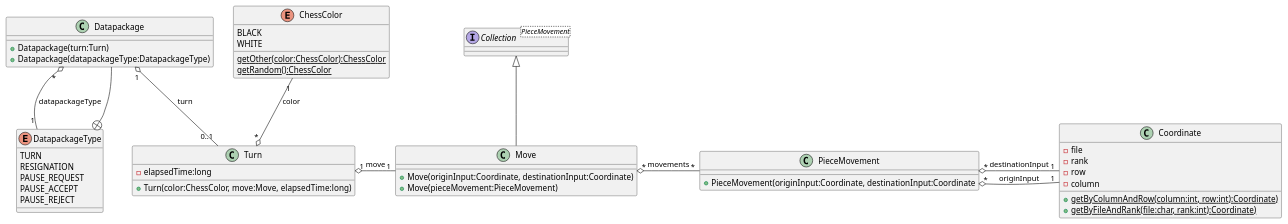
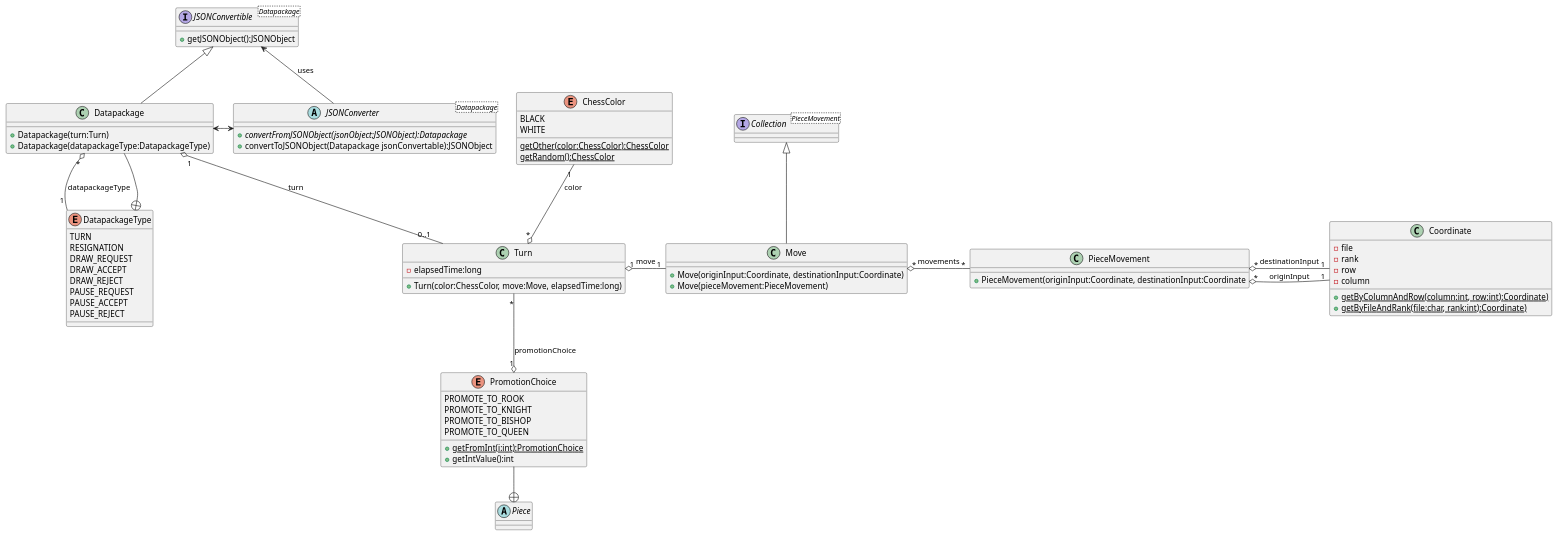
One commit to saunders94/JarChess changed the diagram in docs/4_design_documents/class_diagrams/match/Datapackage.puml. Above: the diagram before and after it, drawn with PlantUML.

Commit message:
update Datapackage Class diagram

```diff
--- a/docs/4_design_documents/class_diagrams/match/Datapackage.puml
+++ b/docs/4_design_documents/class_diagrams/match/Datapackage.puml
@@ -1,65 +1,98 @@
 @startuml
+
+interface JSONConvertible<Datapackage>{
++getJSONObject():JSONObject
+}
+
+abstract class JSONConverter<Datapackage>{
+    +{abstract} convertFromJSONObject(jsonObject:JSONObject):Datapackage
+    +convertToJSONObject(Datapackage jsonConvertable):JSONObject
+}
+
+JSONConvertible <|-- Datapackage
+JSONConvertible <- JSONConverter:uses
+Datapackage <-> JSONConverter
+
 
 class Datapackage{
 +Datapackage(turn:Turn)
 +Datapackage(datapackageType:DatapackageType)
 }
 
 enum DatapackageType{
         TURN
         RESIGNATION
+        DRAW_REQUEST
+        DRAW_ACCEPT
+        DRAW_REJECT
         PAUSE_REQUEST
         PAUSE_ACCEPT
         PAUSE_REJECT
 }
 
 
 class Turn{
 -elapsedTime:long
 +Turn(color:ChessColor, move:Move, elapsedTime:long)
 }
+
+enum PromotionChoice{
+PROMOTE_TO_ROOK
+PROMOTE_TO_KNIGHT
+PROMOTE_TO_BISHOP
+PROMOTE_TO_QUEEN
+
++{static} getFromInt(i:int):PromotionChoice
++getIntValue():int
+}
+
 
 
 enum ChessColor{
 BLACK
 WHITE
 {static} getOther(color:ChessColor):ChessColor
 {static} getRandom():ChessColor
 }
 
 interface Collection<PieceMovement>{
 
 }
 
 class Move{
 +Move(originInput:Coordinate, destinationInput:Coordinate)
 +Move(pieceMovement:PieceMovement)
 }
 
 class PieceMovement{
 +PieceMovement(originInput:Coordinate, destinationInput:Coordinate
 }
 
 
 
 class Coordinate{
 -file
 -rank
 -row
 -column
 + {static}getByColumnAndRow(column:int, row:int):Coordinate)
 + {static}getByFileAndRank(file:char, rank:int):Coordinate)
 }
 
+abstract class Piece{
 
+}
+
+Turn"*" --o "1" PromotionChoice: promotionChoice
+PromotionChoice --+ Piece
 Datapackage --+ DatapackageType
 DatapackageType "1" --o "*" Datapackage: datapackageType
 Datapackage "1" o-- "0..1" Turn: turn
 Turn "1" o- "1" Move: move
 Collection <|-down- Move
 Move "*" o-right- "*" PieceMovement:movements
 PieceMovement "*" o-right- "1" Coordinate:originInput
 PieceMovement "*" o-right- "1" Coordinate:destinationInput
 ChessColor "1" --o "*" Turn: color
 
 @enduml
```
